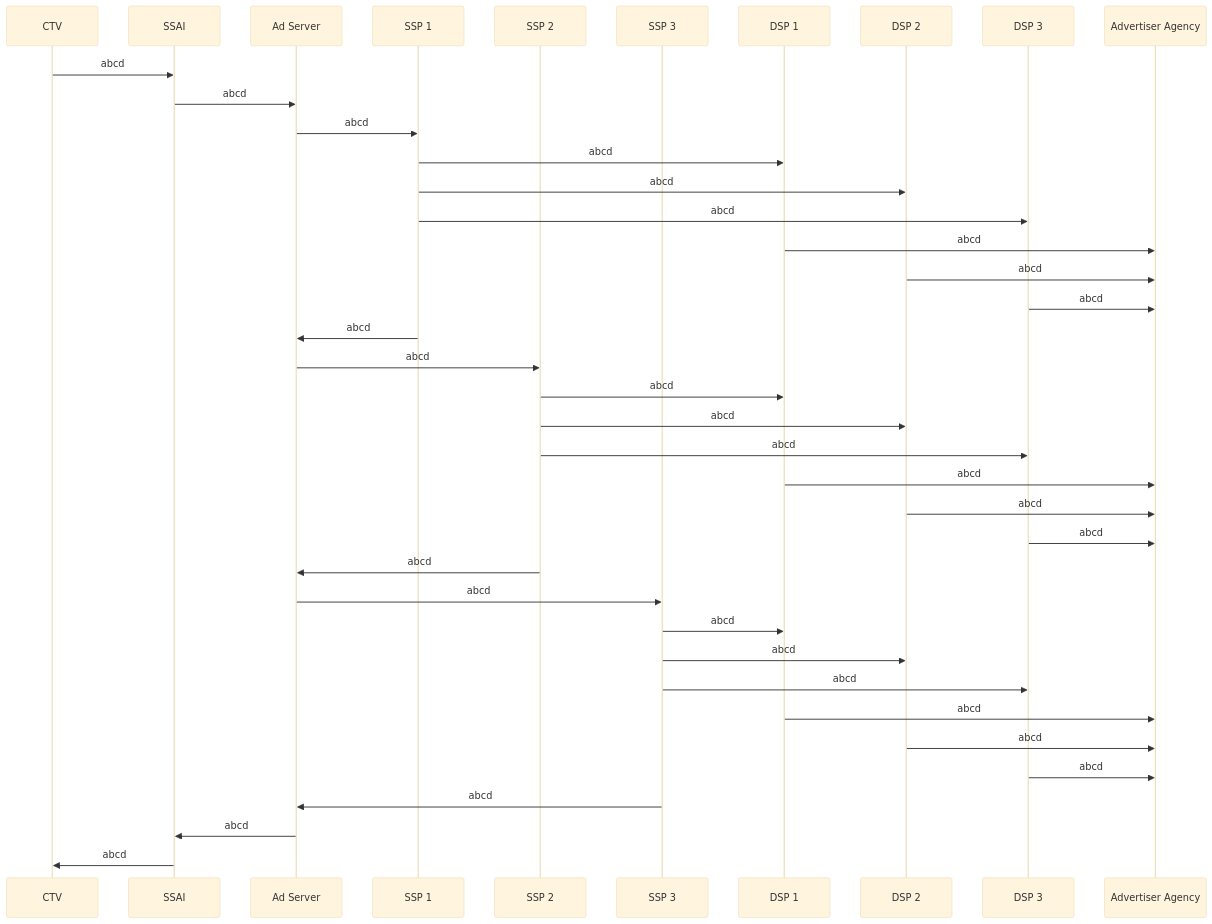
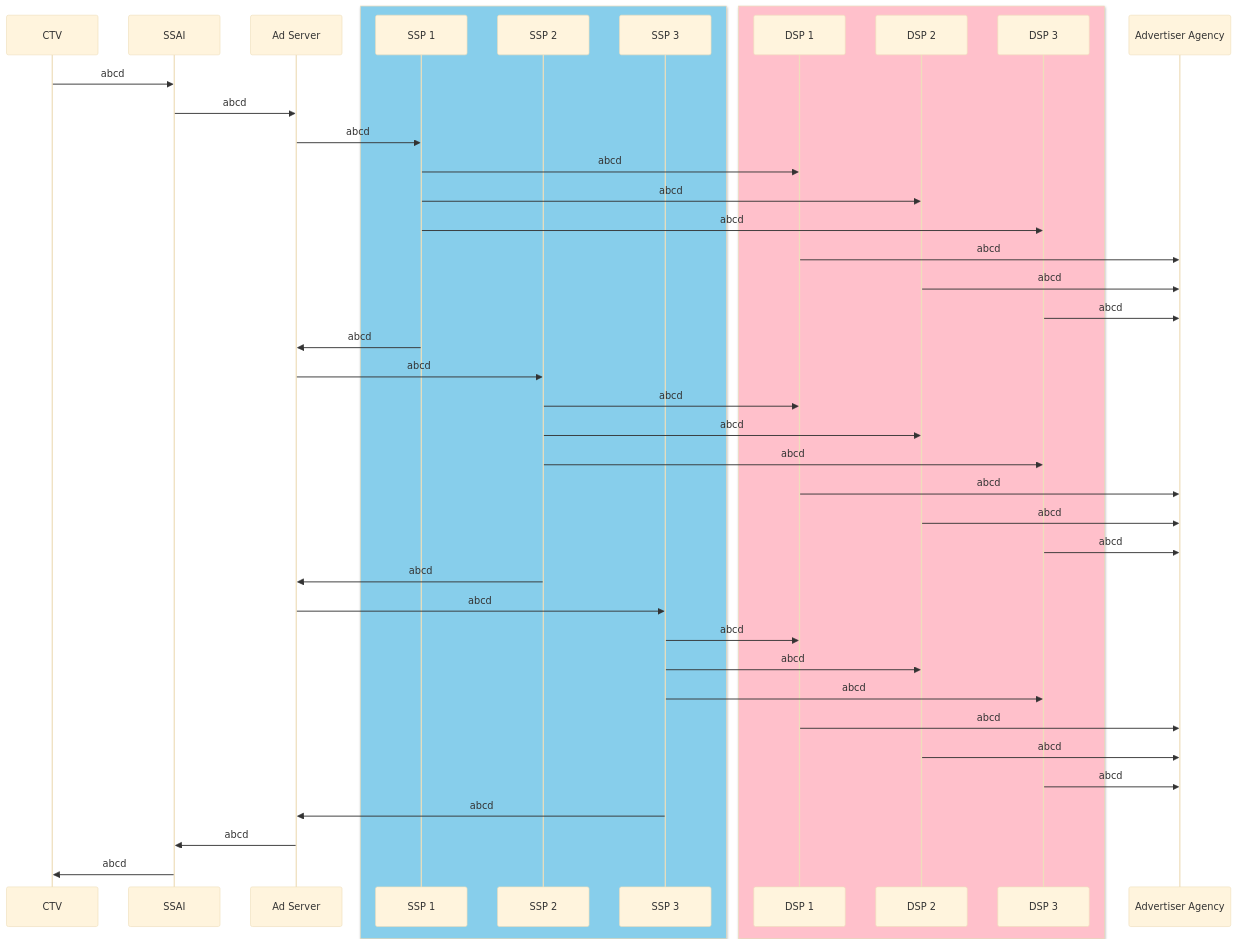
One commit to pm-harshad-mane/Diagrams changed the diagram in CTV/101.md. Above: the diagram before and after it, drawn with Mermaid.

````diff
--- a/CTV/101.md
+++ b/CTV/101.md
@@ -1,49 +1,53 @@
 ```mermaid
 %%{init: {'theme': 'base', 'themeVariables': { 'participantBkgColor': '#f0f0f0', 'participantBorderColor': '#000000' }}}%%
 sequenceDiagram
 
 participant CTV
 participant SSAI
 participant ADS as Ad Server
+box skyblue
 participant SSP1 as SSP 1
 participant SSP2 as SSP 2
 participant SSP3 as SSP 3
+end
+box pink
 participant DSP1 as DSP 1
 participant DSP2 as DSP 2
 participant DSP3 as DSP 3
+end
 participant ADV as Advertiser Agency
 
 
 CTV->>SSAI: abcd
 SSAI->>ADS: abcd
 
 ADS->>SSP1: abcd
 SSP1->>DSP1: abcd
 SSP1->>DSP2: abcd
 SSP1->>DSP3: abcd
 DSP1->>ADV: abcd
 DSP2->>ADV: abcd
 DSP3->>ADV: abcd
 SSP1->>ADS: abcd
 
 ADS->>SSP2: abcd
 SSP2->>DSP1: abcd
 SSP2->>DSP2: abcd
 SSP2->>DSP3: abcd
 DSP1->>ADV: abcd
 DSP2->>ADV: abcd
 DSP3->>ADV: abcd
 SSP2->>ADS: abcd
 
 ADS->>SSP3: abcd
 SSP3->>DSP1: abcd
 SSP3->>DSP2: abcd
 SSP3->>DSP3: abcd
 DSP1->>ADV: abcd
 DSP2->>ADV: abcd
 DSP3->>ADV: abcd
 SSP3->>ADS: abcd
 
 ADS->>SSAI: abcd
 SSAI->>CTV: abcd
 ```
````
